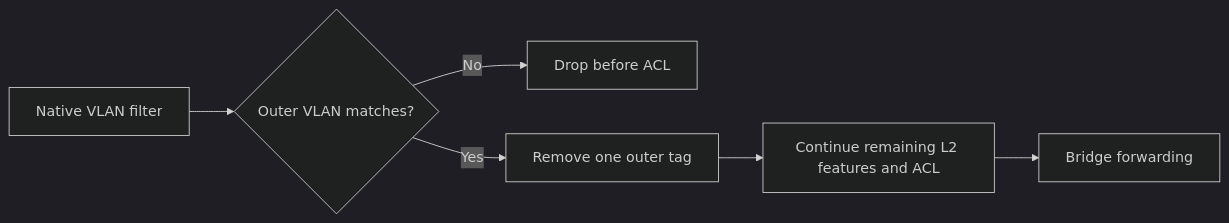
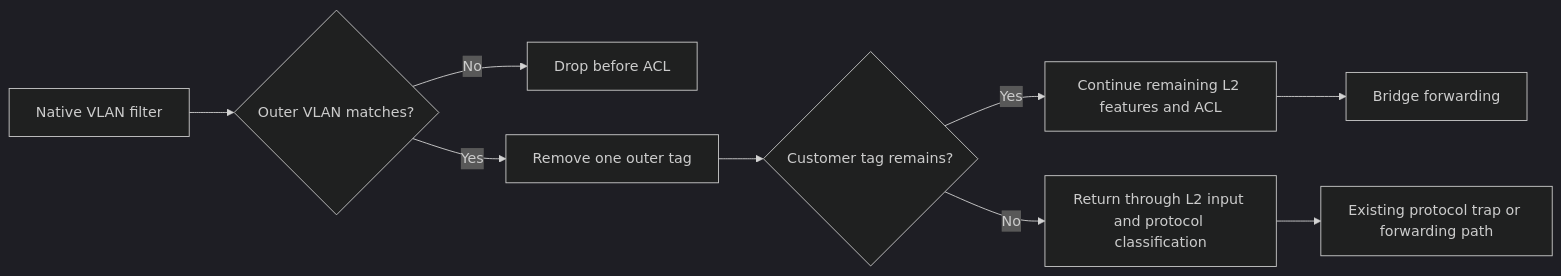
Before and after one commit to sonic-net/SONiC: the second of 2 diagrams in doc/vpp/vpp-acl-vlan-binding-hld.md, drawn with Mermaid (dark theme). The commit also changed other lines of this file, not shown here.

Commit message:
Document ACL list replacement and native VLAN packet handling.

````diff
--- a/doc/vpp/vpp-acl-vlan-binding-hld.md
+++ b/doc/vpp/vpp-acl-vlan-binding-hld.md
@@ -145,8 +148,11 @@
 ```mermaid
 flowchart LR
     I[Native VLAN filter] --> V{Outer VLAN matches?}
     V -- No --> D[Drop before ACL]
     V -- Yes --> P[Remove one outer tag]
-    P --> A[Continue remaining L2 features and ACL]
+    P --> Q{Customer tag remains?}
+    Q -- Yes --> A[Continue remaining L2 features and ACL]
     A --> B[Bridge forwarding]
+    Q -- No --> C[Return through L2 input and protocol classification]
+    C --> T[Existing protocol trap or forwarding path]
 ```
````
